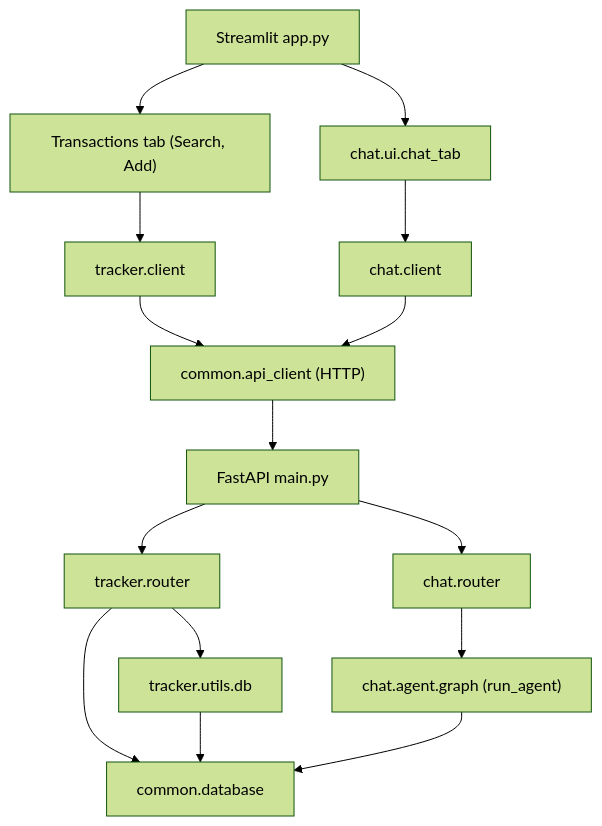
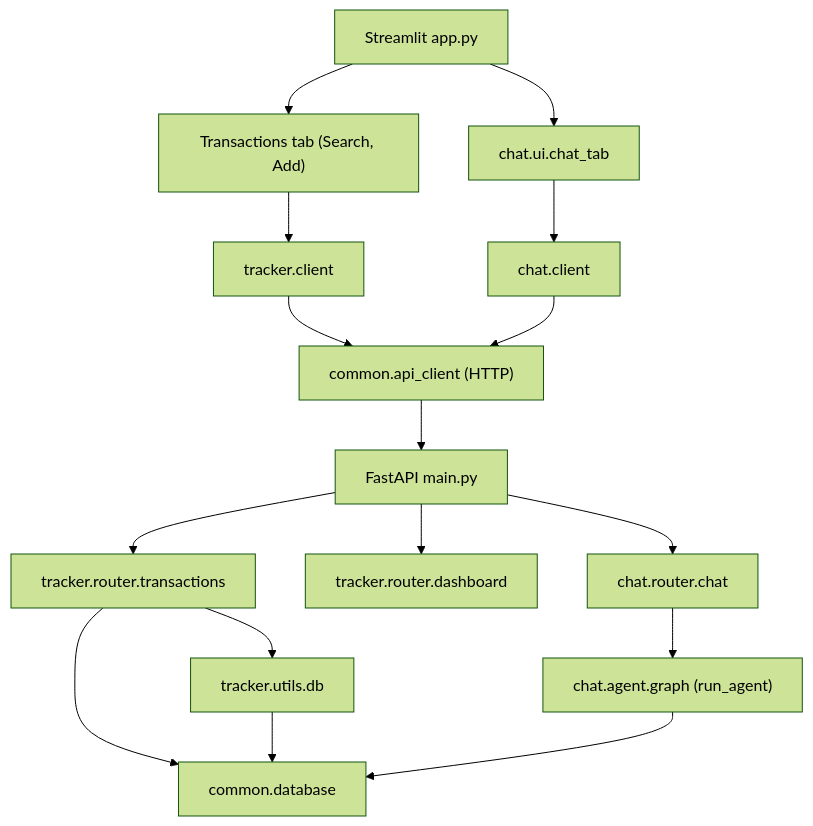
The diagram in ARCHITECTURE.md (reddybharat/parsel), drawn with Mermaid (forest theme) before and after one commit. The commit also changed other lines of this file and 18 other files, not shown here.

````diff
--- a/ARCHITECTURE.md
+++ b/ARCHITECTURE.md
@@ -65,17 +64,18 @@
 ```mermaid
 flowchart TD
   streamlitApp["Streamlit app.py"] --> trackerUI["Transactions tab (Search, Add)"]
   streamlitApp --> chatUI["chat.ui.chat_tab"]
   trackerUI --> trackerClient["tracker.client"]
   chatUI --> chatClient["chat.client"]
   trackerClient --> apiClient["common.api_client (HTTP)"]
   chatClient --> apiClient
   apiClient --> mainApp["FastAPI main.py"]
-  mainApp --> trackerRouter["tracker.router"]
-  mainApp --> chatRouter["chat.router"]
+  mainApp --> trackerRouter["tracker.router.transactions"]
+  mainApp --> dashboardRouter["tracker.router.dashboard"]
+  mainApp --> chatRouter["chat.router.chat"]
   trackerRouter --> commonDB["common.database"]
   trackerRouter --> trackerDb["tracker.utils.db"]
   trackerDb --> commonDB
   chatRouter --> chatAgent["chat.agent.graph (run_agent)"]
   chatAgent --> commonDB
 ```
````
